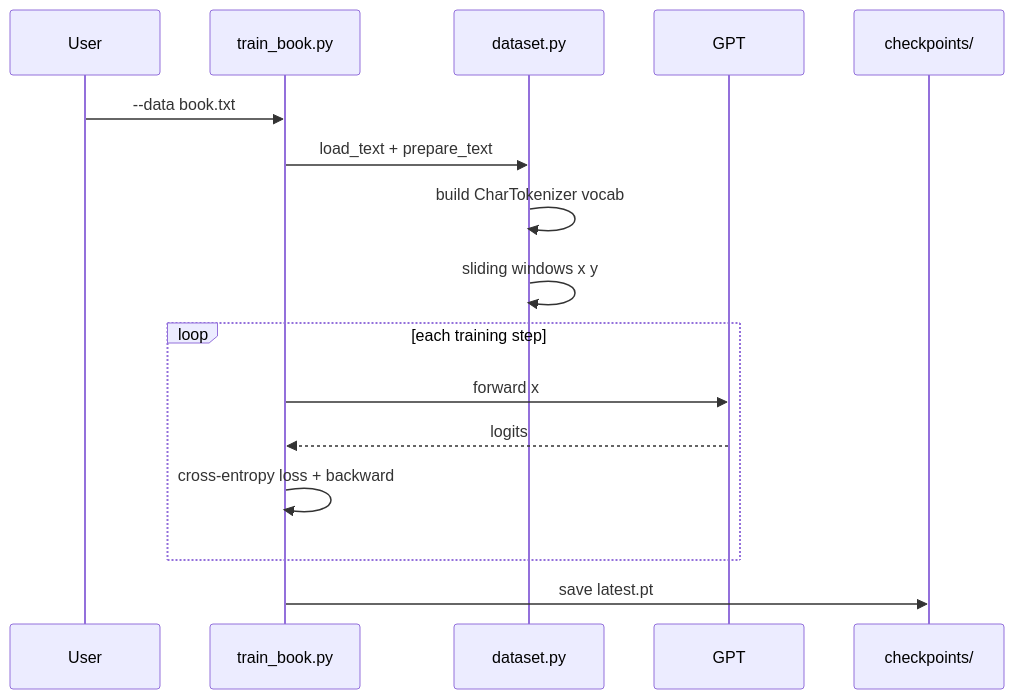
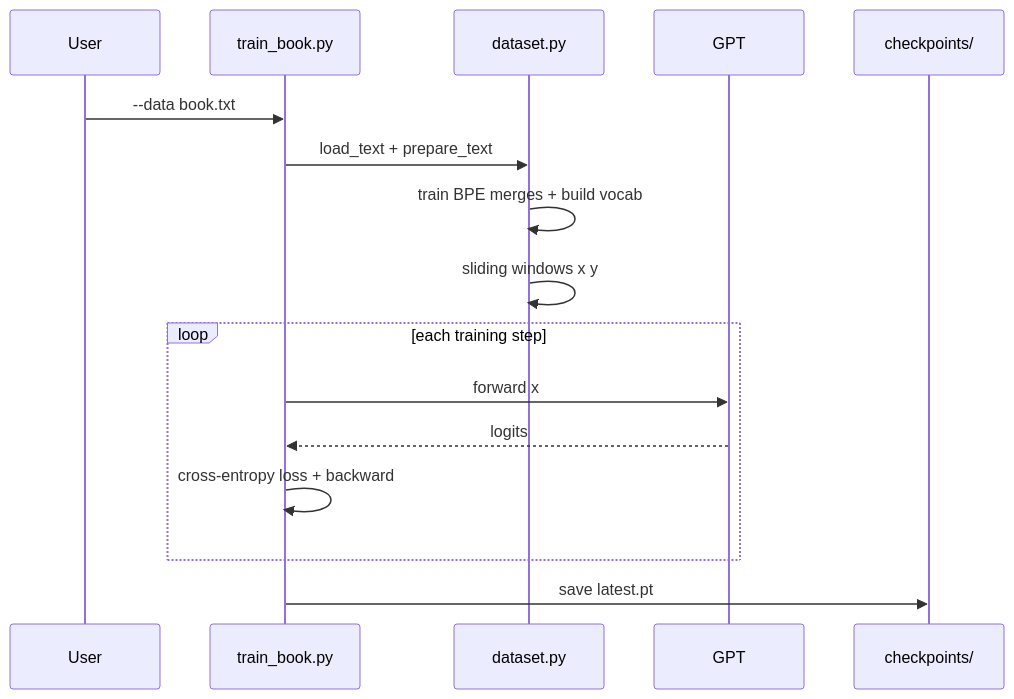
The second of 9 diagrams in README.md (shubham-agarwal-techculture/transformer-model), drawn with Mermaid before and after one commit. The commit also changed other lines of this file and 23 other files, not shown here.

````diff
--- a/README.md
+++ b/README.md
@@ -95,19 +95,19 @@
 ```mermaid
 sequenceDiagram
     participant User
     participant TrainScript as train_book.py
     participant Data as dataset.py
     participant Model as GPT
     participant Disk as checkpoints/
 
     User->>TrainScript: --data book.txt
     TrainScript->>Data: load_text + prepare_text
-    Data->>Data: build CharTokenizer vocab
+    Data->>Data: train BPE merges + build vocab
     Data->>Data: sliding windows x y
     loop each training step
         TrainScript->>Model: forward x
         Model-->>TrainScript: logits
         TrainScript->>TrainScript: cross-entropy loss + backward
     end
     TrainScript->>Disk: save latest.pt
 ```
````
